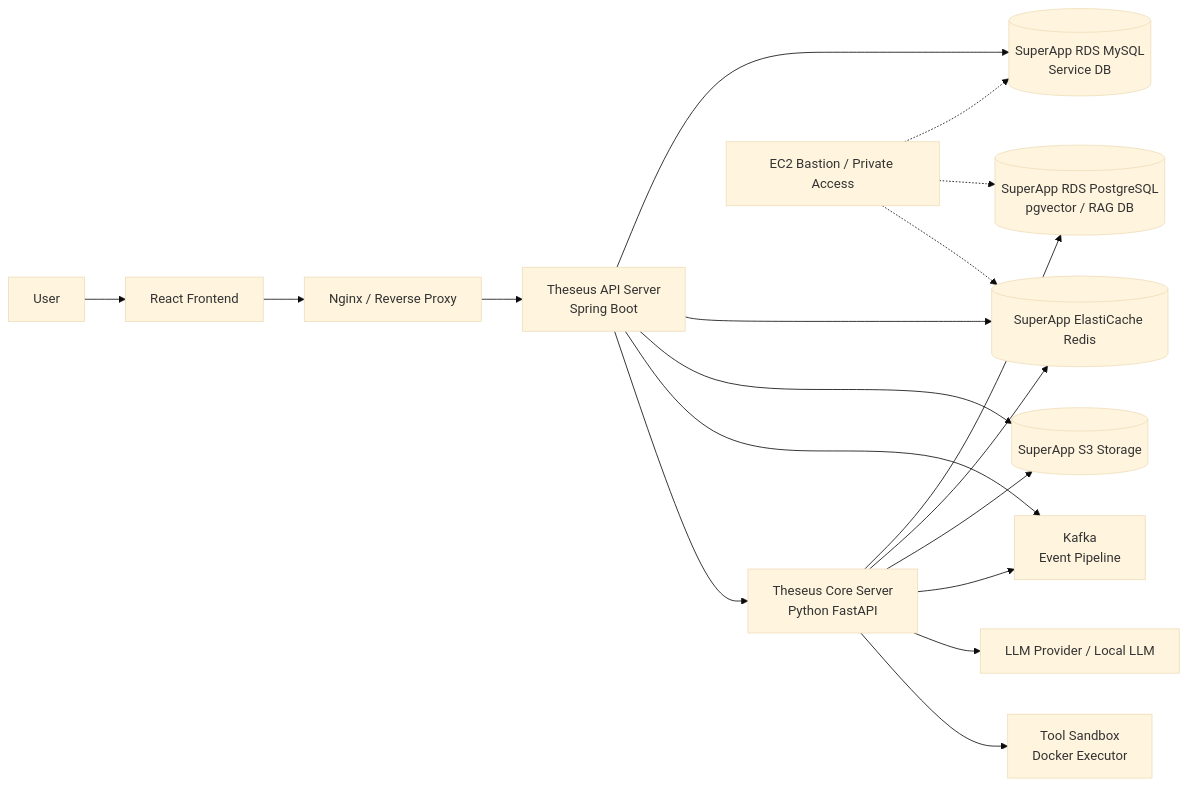
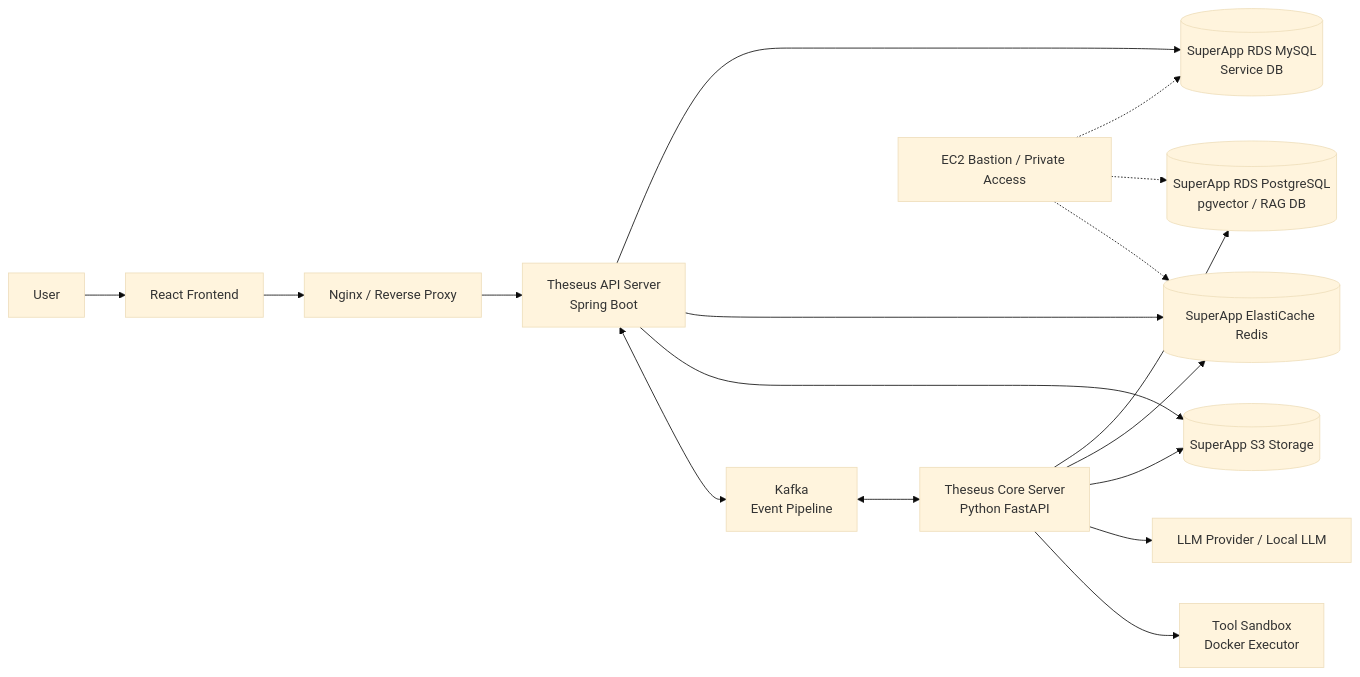
The first of 3 diagrams in docs/architecture/system-architecture.md (5starss/theseus), drawn with Mermaid (base theme) before and after one commit. The commit also changed other lines of this file and 1 other file, not shown here.

Commit message:
S14P31A308-234 [docs]: ToolPlan ERD 및 시스템 구조 정리

````diff
--- a/docs/architecture/system-architecture.md
+++ b/docs/architecture/system-architecture.md
@@ -47,25 +47,24 @@
 ```mermaid
 flowchart LR
     USER[User] --> FE[React Frontend]
 
     FE --> NGINX[Nginx / Reverse Proxy]
     NGINX --> API[Theseus API Server<br/>Spring Boot]
 
     API --> MYSQL[(SuperApp RDS MySQL<br/>Service DB)]
     API --> REDIS[(SuperApp ElastiCache Redis)]
     API --> S3[(SuperApp S3 Storage)]
 
-    API --> KAFKA[Kafka<br/>Event Pipeline]
-    API --> CORE[Theseus Core Server<br/>Python FastAPI]
+    API <--> KAFKA[Kafka<br/>Event Pipeline]
+    KAFKA <--> CORE[Theseus Core Server<br/>Python FastAPI]
 
     CORE --> PG[(SuperApp RDS PostgreSQL<br/>pgvector / RAG DB)]
     CORE --> REDIS
     CORE --> S3
-    CORE --> KAFKA
     CORE --> LLM[LLM Provider / Local LLM]
     CORE --> SANDBOX[Tool Sandbox<br/>Docker Executor]
 
     BASTION[EC2 Bastion / Private Access] -.-> MYSQL
     BASTION -.-> PG
     BASTION -.-> REDIS
 ```
````
